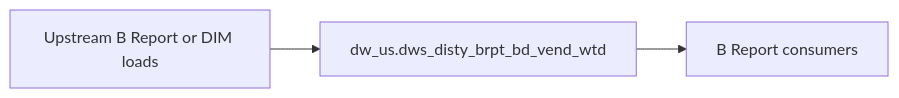
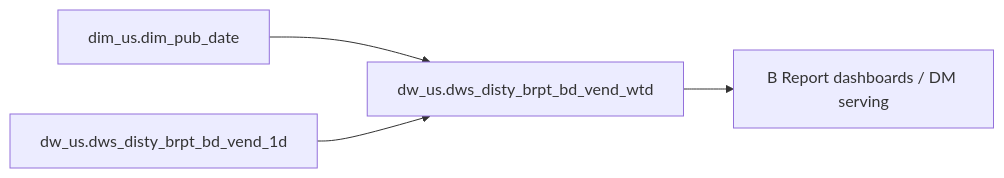
One commit to chengduhaha/data_agent changed the diagram in backend/defaults/b_report/workspace/target/knowledgebase/b-report-us/dws_disty_brpt_bd_vend_wtd.md. Above: the diagram before and after it, drawn with Mermaid. The commit also changed other lines of this file and 1108 other files, not shown here.

````diff
--- a/backend/defaults/b_report/workspace/target/knowledgebase/b-report-us/dws_disty_brpt_bd_vend_wtd.md
+++ b/backend/defaults/b_report/workspace/target/knowledgebase/b-report-us/dws_disty_brpt_bd_vend_wtd.md
@@ -152,8 +267,10 @@
 ```mermaid
 flowchart LR
-  upstream[Upstream B Report or DIM loads]
-  tgt["dw_us.dws_disty_brpt_bd_vend_wtd"]
-  brpt[B Report consumers]
-  upstream --> tgt
-  tgt --> brpt
+  dw_us_dws_disty_brpt_bd_vend_wtd["dw_us.dws_disty_brpt_bd_vend_wtd"]
+  src0["dim_us.dim_pub_date"]
+  src0 --> dw_us_dws_disty_brpt_bd_vend_wtd
+  src1["dw_us.dws_disty_brpt_bd_vend_1d"]
+  src1 --> dw_us_dws_disty_brpt_bd_vend_wtd
+  consumers["B Report dashboards / DM serving"]
+  dw_us_dws_disty_brpt_bd_vend_wtd --> consumers
 ```
````
